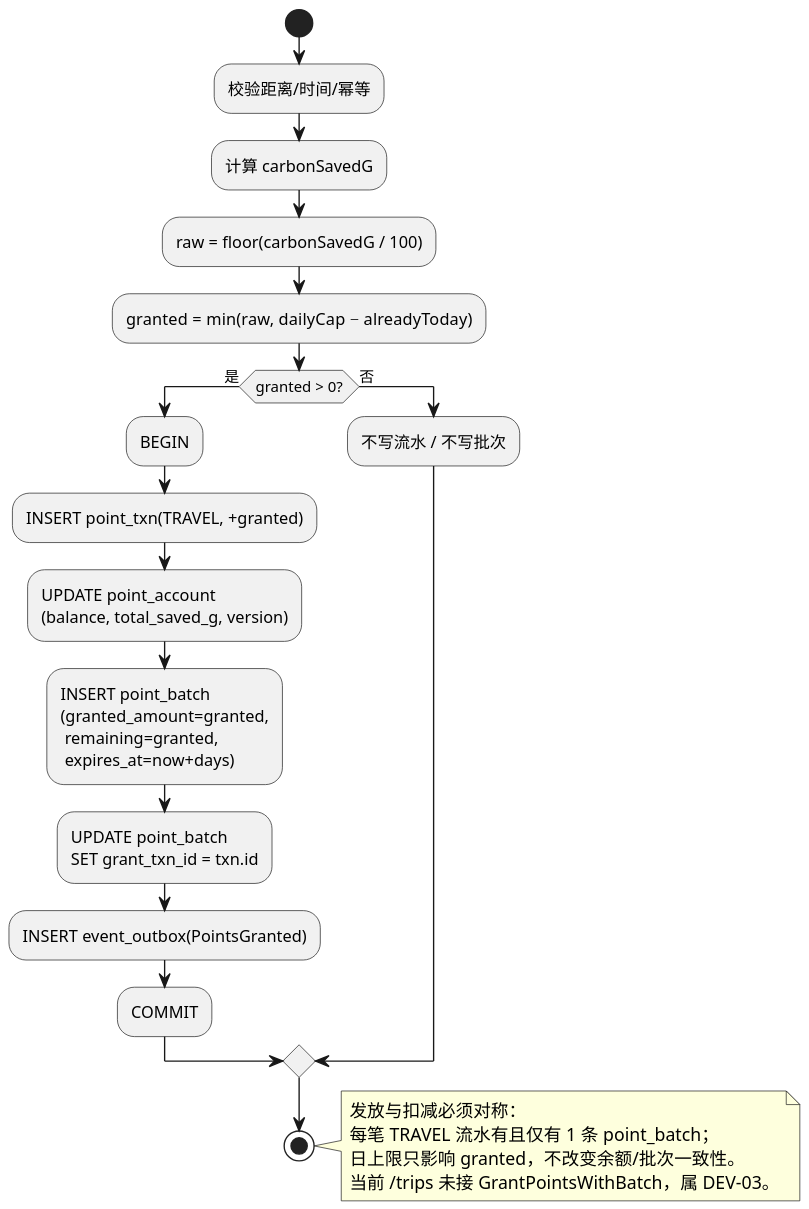
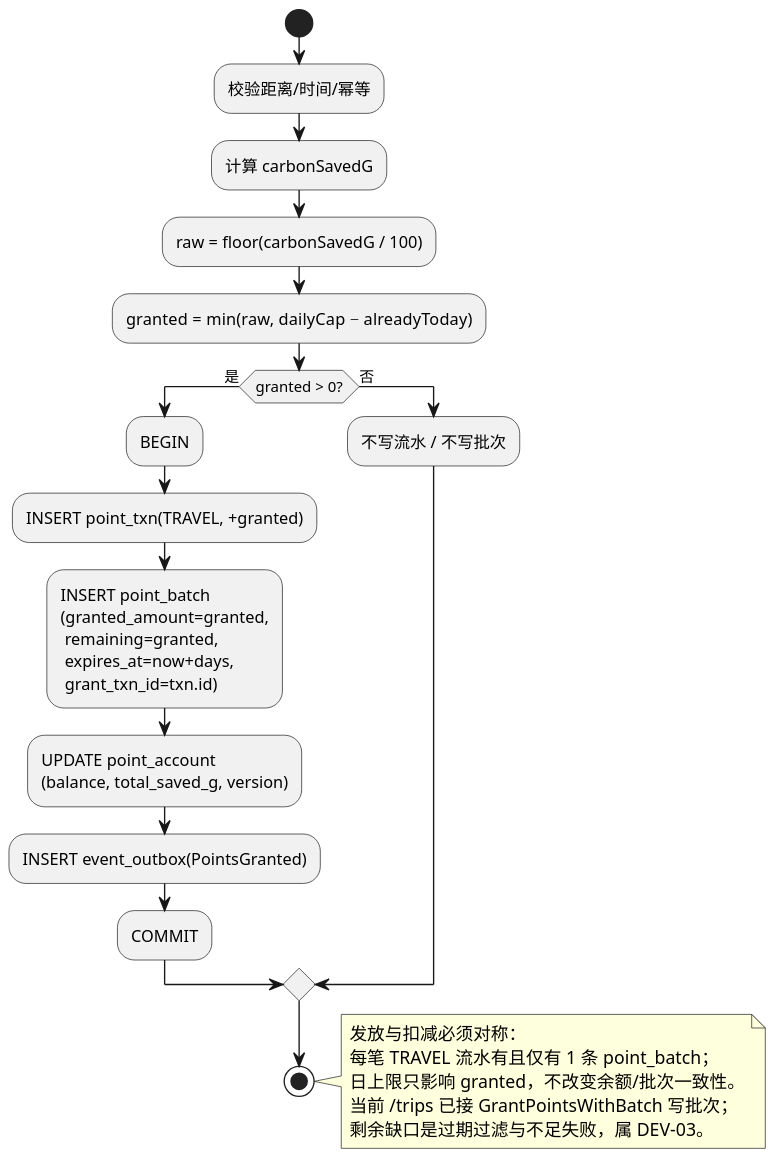
One commit to chiyan11/green-travel-points changed the diagram in docs/uml/24-活动图-发放积分与批次.puml. Above: the diagram before and after it, drawn with PlantUML. The commit also changed 70 other files, not shown here.

First line of the commit message:
docs(uml): 补齐 19 个用例的鲁棒图与顺序图

```diff
--- a/docs/uml/24-活动图-发放积分与批次.puml
+++ b/docs/uml/24-活动图-发放积分与批次.puml
@@ -1,33 +1,33 @@
 @startuml 图2-15 活动图：发放积分与批次写入
-' 依据：设计说明书 2.2.2；目标设计，代码当前未接 GrantPointsWithBatch
+' 依据：设计说明书 2.2.2；现状：/trips 已调 GrantPointsWithBatch 写 point_batch，缺口见 note
 skinparam defaultFontName "Microsoft YaHei"
 skinparam dpi 150
 skinparam shadowing false
 
 |#F5F9FF|TripHandler|
 start
 :校验距离/时间/幂等;
 :计算 carbonSavedG;
 :raw = floor(carbonSavedG / 100);
 :granted = min(raw, dailyCap − alreadyToday);
 
 if (granted > 0?) then (是)
   :BEGIN;
   :INSERT point_txn(TRAVEL, +granted);
+  :INSERT point_batch\n(granted_amount=granted,\n remaining=granted,\n expires_at=now+days,\n grant_txn_id=txn.id);
   :UPDATE point_account\n(balance, total_saved_g, version);
-  :INSERT point_batch\n(granted_amount=granted,\n remaining=granted,\n expires_at=now+days);
-  :UPDATE point_batch\nSET grant_txn_id = txn.id;
   :INSERT event_outbox(PointsGranted);
   :COMMIT;
 else (否)
   :不写流水 / 不写批次;
 endif
 stop
 
 note right
   发放与扣减必须对称：
   每笔 TRAVEL 流水有且仅有 1 条 point_batch；
   日上限只影响 granted，不改变余额/批次一致性。
-  当前 /trips 未接 GrantPointsWithBatch，属 DEV-03。
+  当前 /trips 已接 GrantPointsWithBatch 写批次；
+  剩余缺口是过期过滤与不足失败，属 DEV-03。
 end note
 @enduml
```
